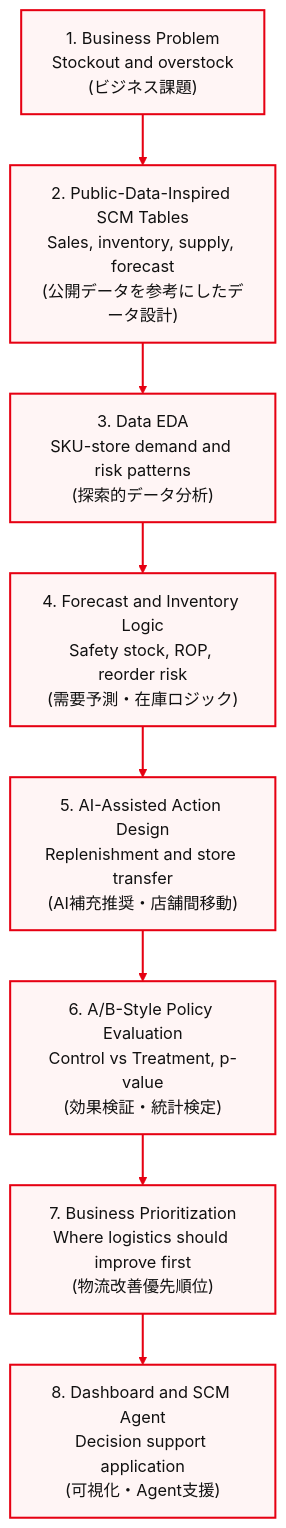
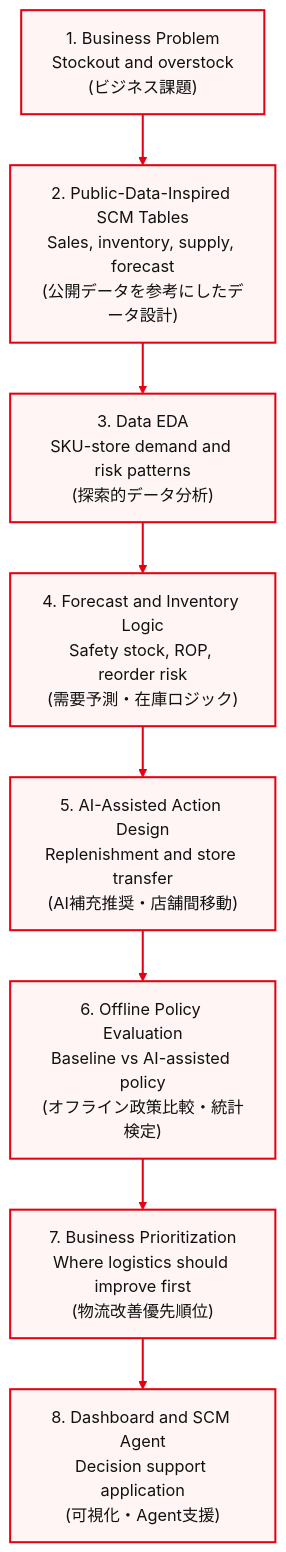
The diagram in README.md (Lee2379/scm-ai-analytics), drawn with Mermaid before and after one commit. The commit also changed other lines of this file and 13 other files, not shown here.

Commit message:
Make SCM policy evaluation statistically conservative

````diff
--- a/README.md
+++ b/README.md
@@ -98,18 +98,18 @@
 ```mermaid
 %%{init: {"theme": "base", "themeVariables": {"primaryColor": "#fff5f5", "primaryBorderColor": "#e60012", "primaryTextColor": "#111111", "lineColor": "#e60012"}}}%%
 flowchart TB
     A["1. Business Problem<br/>Stockout and overstock<br/>(ビジネス課題)"]
     B["2. Public-Data-Inspired SCM Tables<br/>Sales, inventory, supply, forecast<br/>(公開データを参考にしたデータ設計)"]
     C["3. Data EDA<br/>SKU-store demand and risk patterns<br/>(探索的データ分析)"]
     D["4. Forecast and Inventory Logic<br/>Safety stock, ROP, reorder risk<br/>(需要予測・在庫ロジック)"]
     E["5. AI-Assisted Action Design<br/>Replenishment and store transfer<br/>(AI補充推奨・店舗間移動)"]
-    F["6. A/B-Style Policy Evaluation<br/>Control vs Treatment, p-value<br/>(効果検証・統計検定)"]
+    F["6. Offline Policy Evaluation<br/>Baseline vs AI-assisted policy<br/>(オフライン政策比較・統計検定)"]
     G["7. Business Prioritization<br/>Where logistics should improve first<br/>(物流改善優先順位)"]
     H["8. Dashboard and SCM Agent<br/>Decision support application<br/>(可視化・Agent支援)"]
 
     A --> B --> C --> D --> E --> F --> G --> H
 
     classDef redBox fill:#fff5f5,stroke:#e60012,stroke-width:2px,color:#111111;
     class A,B,C,D,E,F,G,H redBox;
     linkStyle default stroke:#e60012,stroke-width:2px;
 ```
````
